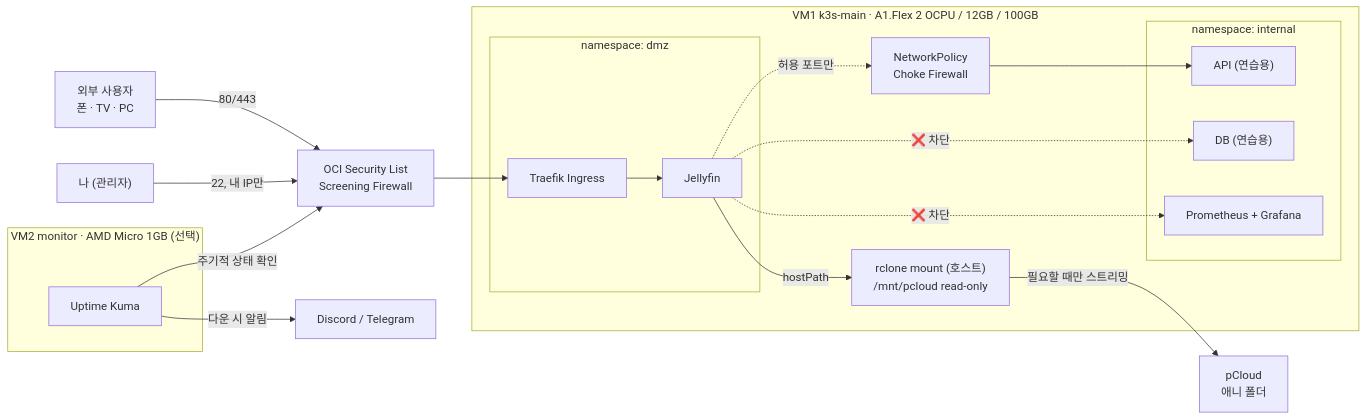
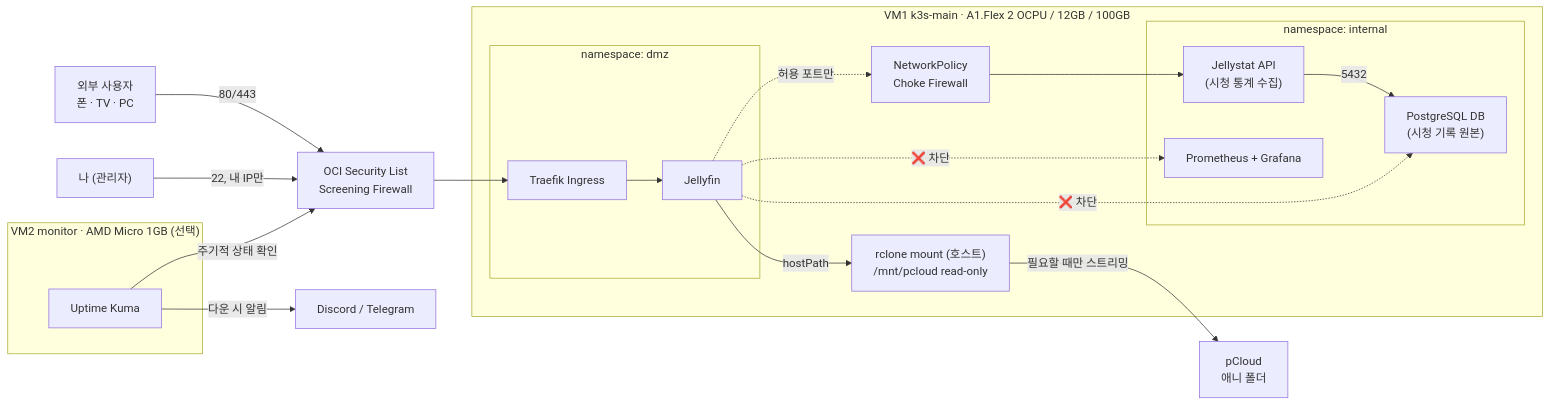
Before and after one commit to handgym2/k3s-midea-server: the diagram in 01_architecture/roadmap.md, drawn with Mermaid. The commit also changed other lines of this file and 8 other files, not shown here.

Commit message:
feat(k3s): update architecture diagram with Jellystat/PostgreSQL and add K3s install verification

````diff
--- a/01_architecture/roadmap.md
+++ b/01_architecture/roadmap.md
@@ -20,30 +20,31 @@
 ```mermaid
 flowchart LR
     User["외부 사용자<br/>폰 · TV · PC"] -->|"80/443"| SL["OCI Security List<br/>Screening Firewall"]
     Admin["나 (관리자)"] -->|"22, 내 IP만"| SL
     SL --> ING
 
     subgraph A1["VM1 k3s-main · A1.Flex 2 OCPU / 12GB / 100GB"]
         subgraph DMZ["namespace: dmz"]
             ING["Traefik Ingress"] --> JF["Jellyfin"]
         end
         NP["NetworkPolicy<br/>Choke Firewall"]
         subgraph INT["namespace: internal"]
-            API["API (연습용)"]
-            DB["DB (연습용)"]
+            API["Jellystat API<br/>(시청 통계 수집)"]
+            DB["PostgreSQL DB<br/>(시청 기록 원본)"]
             MON["Prometheus + Grafana"]
+            API -->|"5432"| DB
         end
         RC["rclone mount (호스트)<br/>/mnt/pcloud read-only"]
         JF -->|"hostPath"| RC
         JF -.->|"허용 포트만"| NP --> API
         JF -.->|"❌ 차단"| DB
         JF -.->|"❌ 차단"| MON
     end
 
     RC -->|"필요할 때만 스트리밍"| PC["pCloud<br/>애니 폴더"]
     subgraph MICRO["VM2 monitor · AMD Micro 1GB (선택)"]
         UK["Uptime Kuma"]
     end
     UK -->|"주기적 상태 확인"| SL
     UK -->|"다운 시 알림"| Noti["Discord / Telegram"]
 ```
````
